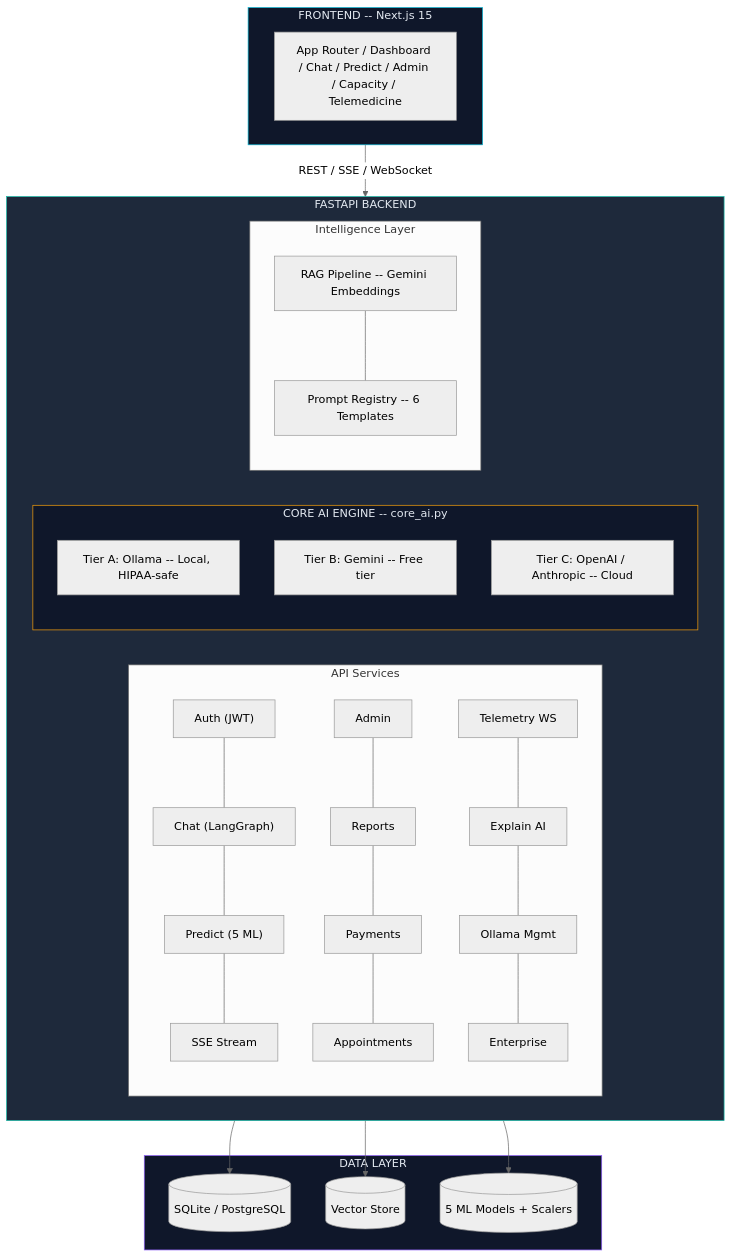
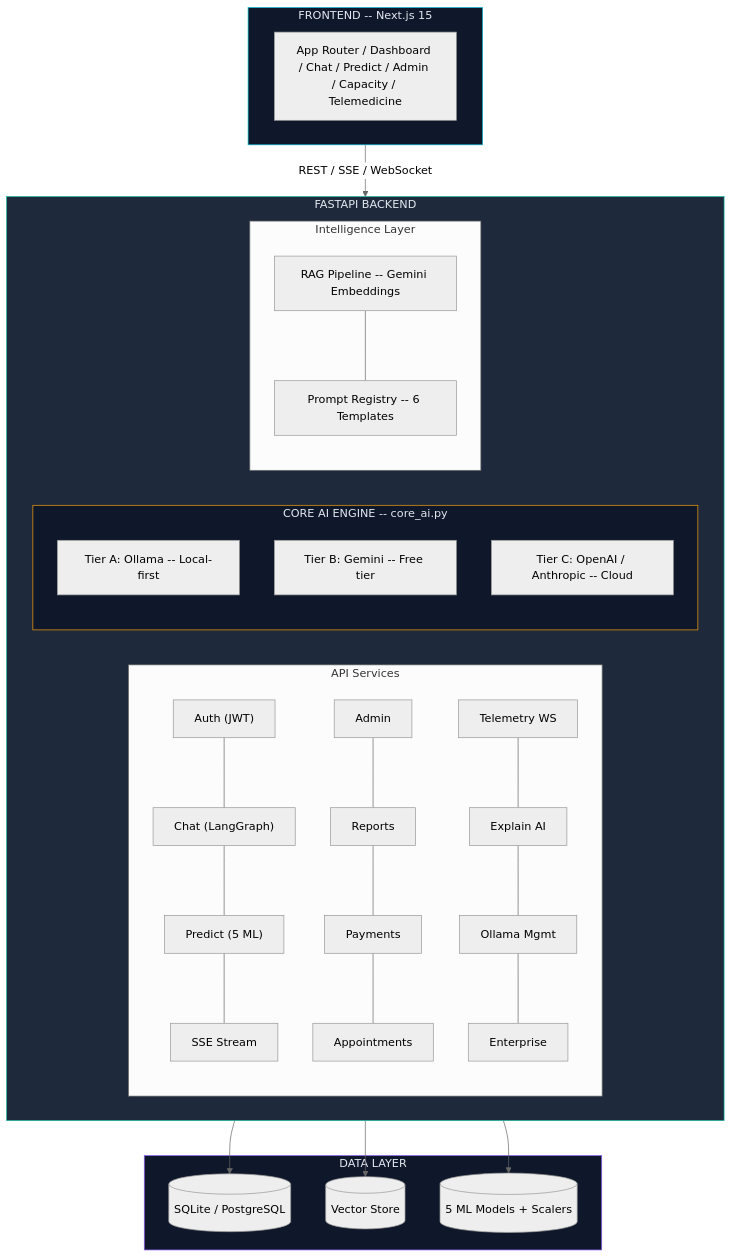
Before and after one commit to pavanbadempet/AI-Healthcare-System: the first of 4 diagrams in README.md, drawn with Mermaid (neutral theme). The commit also changed other lines of this file and 29 other files, not shown here.

````diff
--- a/README.md
+++ b/README.md
@@ -143,36 +143,36 @@
 ```mermaid
 graph TB
     subgraph Frontend["FRONTEND -- Next.js 15"]
         FE["App Router / Dashboard / Chat / Predict / Admin / Capacity / Telemedicine"]
     end
 
     subgraph Backend["FASTAPI BACKEND"]
         subgraph Services["API Services"]
             AUTH["Auth (JWT)"] --- CHAT["Chat (LangGraph)"] --- PRED["Predict (5 ML)"] --- STREAM["SSE Stream"]
             ADMIN["Admin"] --- REPORT["Reports"] --- PAY["Payments"] --- APPT["Appointments"]
             TELE["Telemetry WS"] --- EXPLAIN["Explain AI"] --- OLLAMA["Ollama Mgmt"] --- ENT["Enterprise"]
         end
         subgraph CoreAI["CORE AI ENGINE -- core_ai.py"]
-            TA["Tier A: Ollama -- Local, HIPAA-safe"]
+            TA["Tier A: Ollama -- Local-first"]
             TB["Tier B: Gemini -- Free tier"]
             TC["Tier C: OpenAI / Anthropic -- Cloud"]
         end
         subgraph Intel["Intelligence Layer"]
             RAG["RAG Pipeline -- Gemini Embeddings"] --- PROMPT["Prompt Registry -- 6 Templates"]
         end
     end
 
     subgraph Data["DATA LAYER"]
         DB[("SQLite / PostgreSQL")]
         VS[("Vector Store")]
         ML[("5 ML Models + Scalers")]
     end
 
     Frontend -->|"REST / SSE / WebSocket"| Backend
     Backend --> DB & VS & ML
 
     style Frontend fill:#0f172a,stroke:#06b6d4,color:#e2e8f0
     style Backend fill:#1e293b,stroke:#14b8a6,color:#e2e8f0
     style CoreAI fill:#0f172a,stroke:#f59e0b,color:#e2e8f0
     style Data fill:#0f172a,stroke:#8b5cf6,color:#e2e8f0
 ```
````
